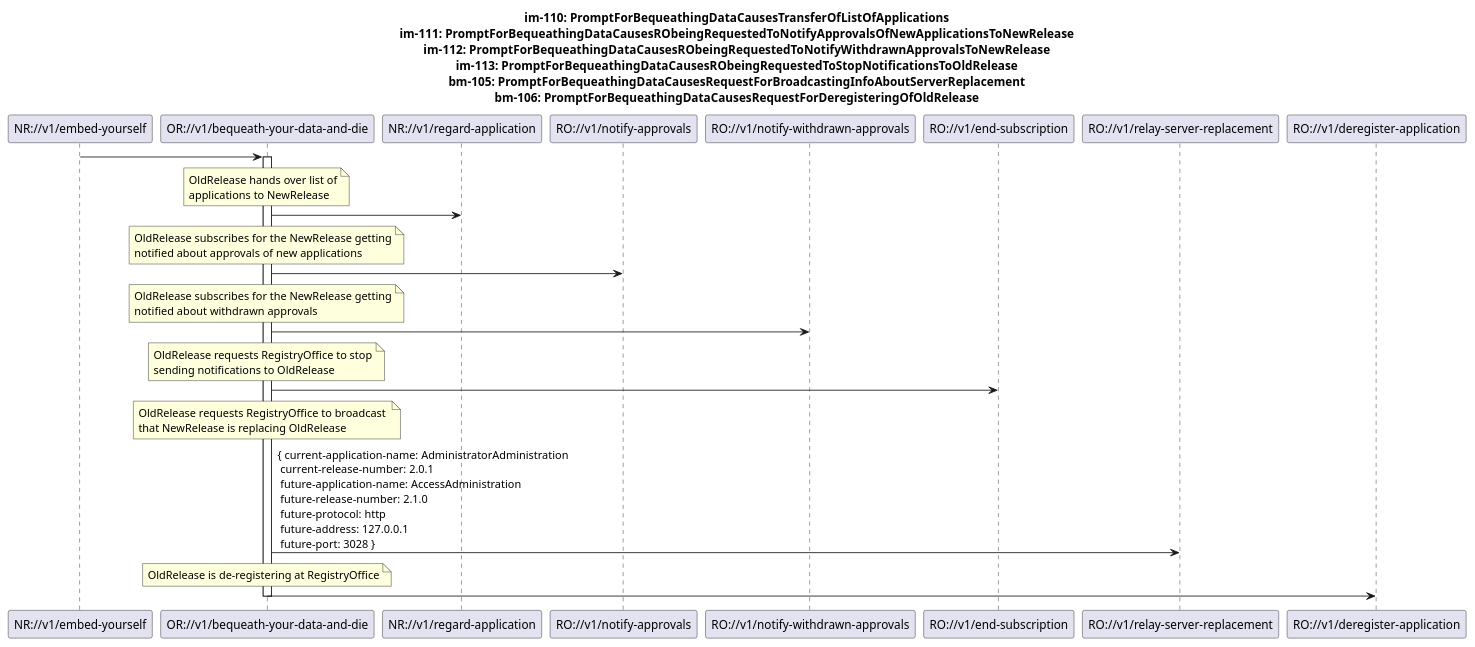
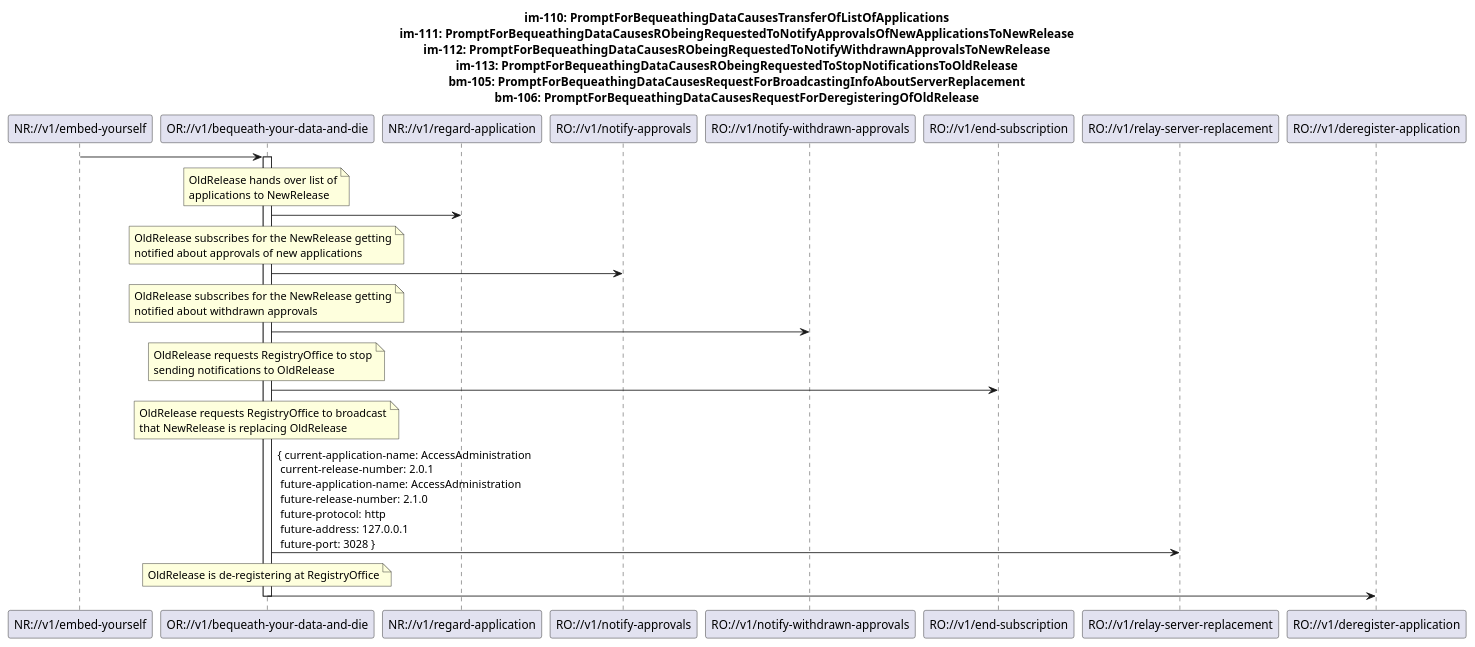
One commit to openBackhaul/AdministratorAdministration changed the diagram in spec/diagrams/im000_BequeathYourDataAndDie.plantuml. Above: the diagram before and after it, drawn with PlantUML. The commit also changed 18 other files, not shown here.

```diff
--- a/spec/diagrams/im000_BequeathYourDataAndDie.plantuml
+++ b/spec/diagrams/im000_BequeathYourDataAndDie.plantuml
@@ -1,62 +1,62 @@
 @startuml im000_BequeathYourDataAndDie
 skinparam responseMessageBelowArrow true
 
 title
 im-110: PromptForBequeathingDataCausesTransferOfListOfApplications
 im-111: PromptForBequeathingDataCausesRObeingRequestedToNotifyApprovalsOfNewApplicationsToNewRelease
 im-112: PromptForBequeathingDataCausesRObeingRequestedToNotifyWithdrawnApprovalsToNewRelease
 im-113: PromptForBequeathingDataCausesRObeingRequestedToStopNotificationsToOldRelease
 bm-105: PromptForBequeathingDataCausesRequestForBroadcastingInfoAboutServerReplacement
 bm-106: PromptForBequeathingDataCausesRequestForDeregisteringOfOldRelease
 end title
 
 participant "NR://v1/embed-yourself" as NewRelease
 participant "OR://v1/bequeath-your-data-and-die" as OldRelease
 participant "NR://v1/regard-application" as NrGetsApplications
 participant "RO://v1/notify-approvals" as NrGetsNotifiedAboutApprovals
 participant "RO://v1/notify-withdrawn-approvals" as NrGetsNotifiedAboutObjections
 participant "RO://v1/end-subscription" as RoStopNotifying
 participant "RO://v1/relay-server-replacement" as RelayServerReplacement
 participant "RO://v1/deregister-application" as Deregister
 
 NewRelease -> OldRelease
 activate OldRelease
 
 note over OldRelease
 OldRelease hands over list of
 applications to NewRelease
 end note
 OldRelease -> NrGetsApplications
 
 note over OldRelease
 OldRelease subscribes for the NewRelease getting
 notified about approvals of new applications
 end note
 OldRelease -> NrGetsNotifiedAboutApprovals
 
 note over OldRelease
 OldRelease subscribes for the NewRelease getting
 notified about withdrawn approvals
 end note
 OldRelease -> NrGetsNotifiedAboutObjections
 
 note over OldRelease
 OldRelease requests RegistryOffice to stop
 sending notifications to OldRelease
 end note
 OldRelease -> RoStopNotifying
 
 note over OldRelease
-OldRelease requests RegistryOffice to broadcast 
+OldRelease requests RegistryOffice to broadcast
 that NewRelease is replacing OldRelease
 end note
-OldRelease -> RelayServerReplacement : { current-application-name: AdministratorAdministration \n current-release-number: 2.0.1 \n future-application-name: AccessAdministration \n future-release-number: 2.1.0 \n future-protocol: http \n future-address: 127.0.0.1 \n future-port: 3028 }
+OldRelease -> RelayServerReplacement : { current-application-name: AccessAdministration \n current-release-number: 2.0.1 \n future-application-name: AccessAdministration \n future-release-number: 2.1.0 \n future-protocol: http \n future-address: 127.0.0.1 \n future-port: 3028 }
 
 note over OldRelease
 OldRelease is de-registering at RegistryOffice
 end note
 OldRelease -> Deregister
 
 deactivate OldRelease
 
 @enduml
```
